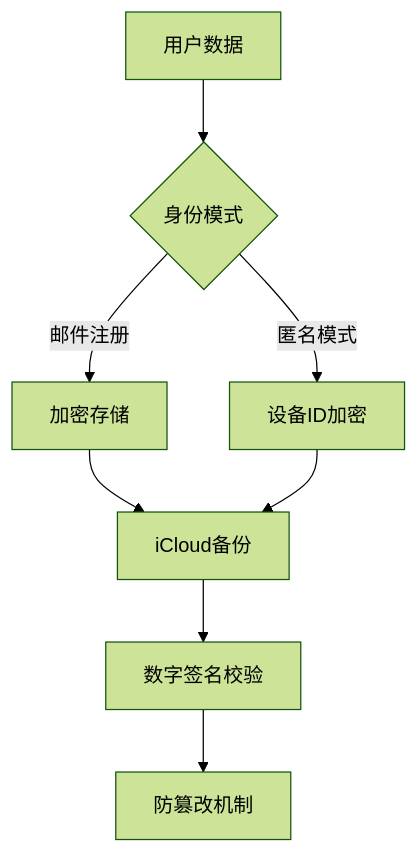
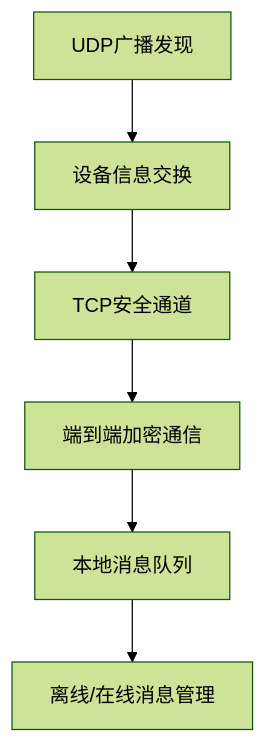
Before and after one commit to Kingson4Wu/kingson4wu.github.io: the third of 3 diagrams in source/_posts/20241202-一个无中心节点的局域网通信工具.md, drawn with Mermaid (forest theme). The commit also changed other lines of this file, not shown here.

````diff
--- a/source/_posts/20241202-一个无中心节点的局域网通信工具.md
+++ b/source/_posts/20241202-一个无中心节点的局域网通信工具.md
@@ -107,10 +109,8 @@
 ```mermaid
 graph TD
-    A[用户数据] --> B{身份模式}
-    B -->|邮件注册| C[加密存储]
-    B -->|匿名模式| D[设备ID加密]
-    C --> E[iCloud备份]
-    D --> E
-    E --> F[数字签名校验]
-    F --> G[防篡改机制]
+    A[UDP广播发现] --> B[设备信息交换]
+    B --> C[TCP安全通道]
+    C --> D[端到端加密通信]
+    D --> E[本地消息队列]
+    E --> F[离线/在线消息管理]
 ```
````
